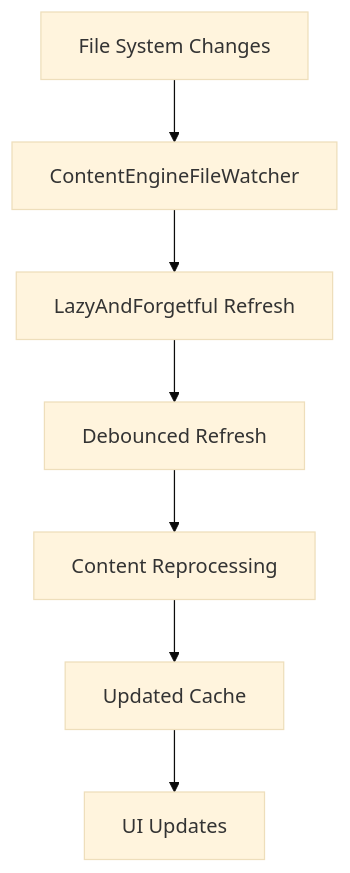
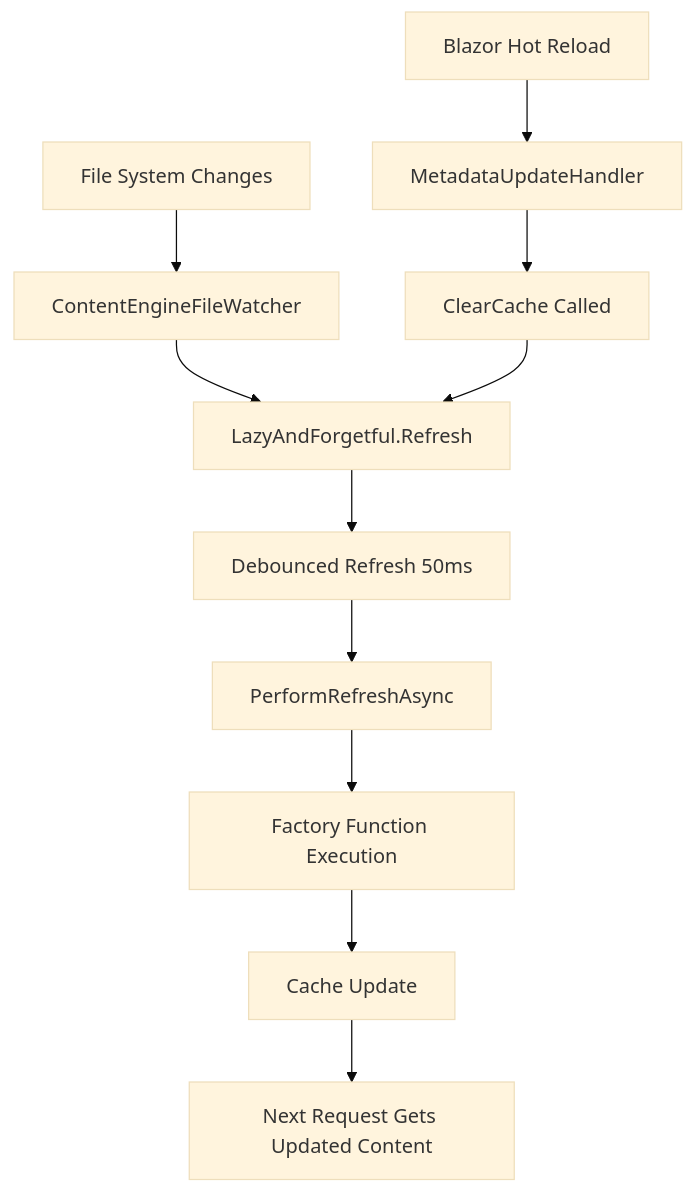
The diagram in docs/MyLittleContentEngine.Docs/Content/under-the-hood/hot-reload-architecture.md (phil-scott-78/MyLittleContentEngine), drawn with Mermaid (base theme) before and after one commit. The commit also changed other lines of this file and 16 other files, not shown here.

````diff
--- a/docs/MyLittleContentEngine.Docs/Content/under-the-hood/hot-reload-architecture.md
+++ b/docs/MyLittleContentEngine.Docs/Content/under-the-hood/hot-reload-architecture.md
@@ -19,9 +37,14 @@
 ```mermaid
 graph TB
     A[File System Changes] --> B[ContentEngineFileWatcher]
-    B --> C[LazyAndForgetful Refresh]
-    C --> D[Debounced Refresh]
-    D --> E[Content Reprocessing]
-    E --> F[Updated Cache]
-    F --> G[UI Updates]
+    B --> C[LazyAndForgetful.Refresh]
+    C --> D[Debounced Refresh 50ms]
+    D --> E[PerformRefreshAsync]
+    E --> F[Factory Function Execution]
+    F --> G[Cache Update]
+    G --> H[Next Request Gets Updated Content]
+    
+    I[Blazor Hot Reload] --> J[MetadataUpdateHandler]
+    J --> K[ClearCache Called]
+    K --> C
 ```
````
